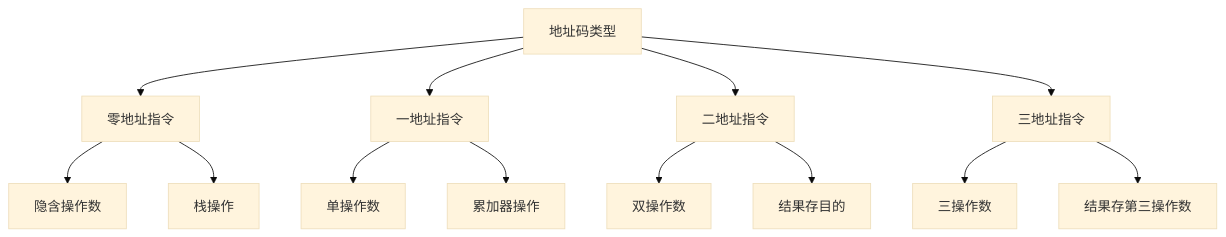
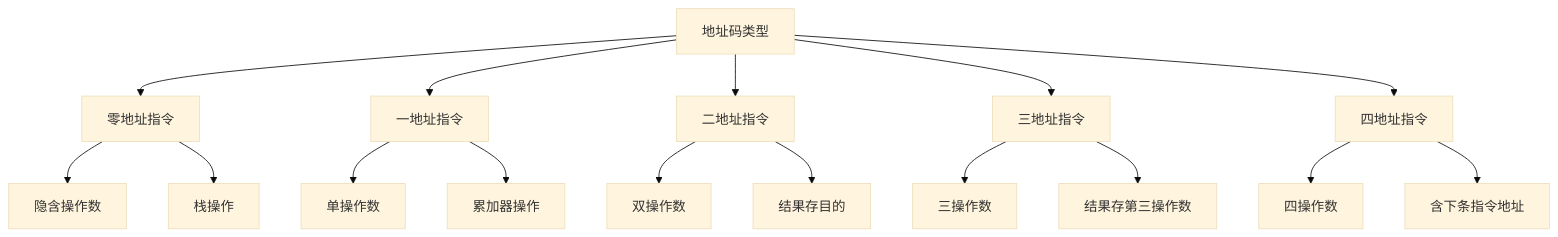
Before and after one commit to gilismael826-lgtm/course: the second of 5 diagrams in 计算机组成原理/notes/章节笔记/第4章-指令系统/第4章-4.2-指令格式.md, drawn with Mermaid (base theme). The commit also changed other lines of this file and 28 other files, not shown here.

````diff
--- a/计算机组成原理/notes/章节笔记/第4章-指令系统/第4章-4.2-指令格式.md
+++ b/计算机组成原理/notes/章节笔记/第4章-指令系统/第4章-4.2-指令格式.md
@@ -82,19 +100,23 @@
 ```mermaid
 graph TD
     A[地址码类型] --> B[零地址指令]
     A --> C[一地址指令]
     A --> D[二地址指令]
     A --> E[三地址指令]
+    A --> F[四地址指令]
     
     B --> B1[隐含操作数]
     B --> B2[栈操作]
     
     C --> C1[单操作数]
     C --> C2[累加器操作]
     
     D --> D1[双操作数]
     D --> D2[结果存目的]
     
     E --> E1[三操作数]
     E --> E2[结果存第三操作数]
+    
+    F --> F1[四操作数]
+    F --> F2[含下条指令地址]
 ```
````
